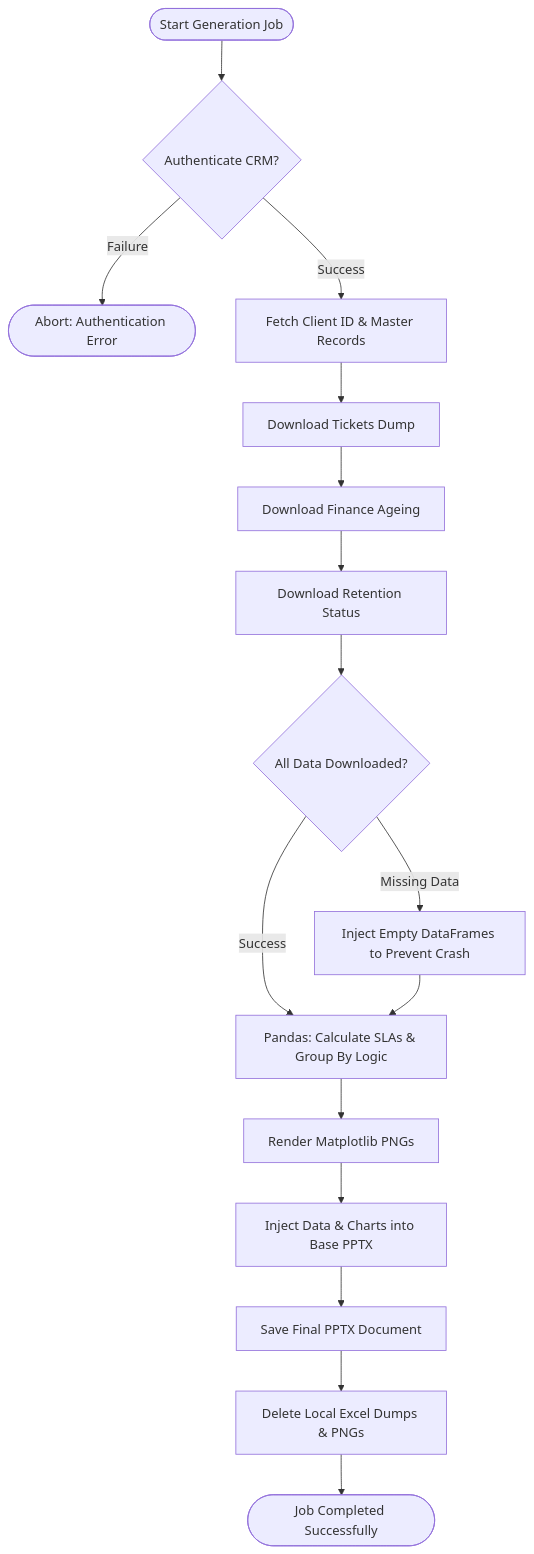
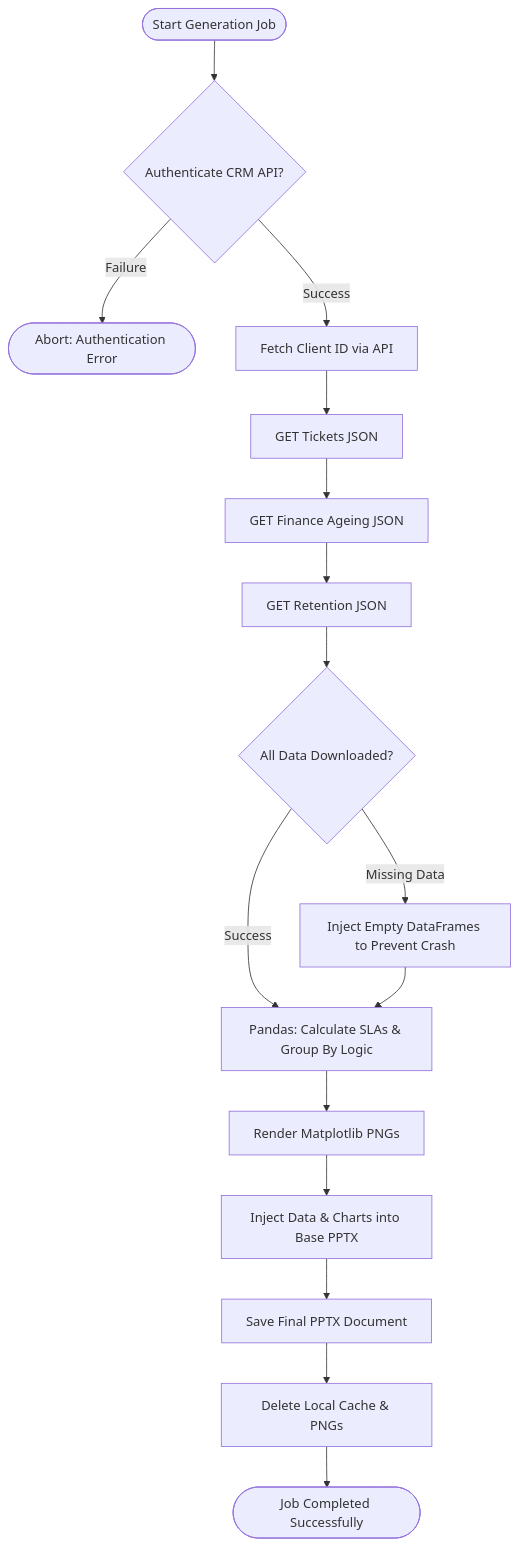
Before and after one commit to Hetgandhi25/enterprise-ppt-automation: the second of 2 diagrams in README.md, drawn with Mermaid. The commit also changed other lines of this file, not shown here.

Commit message:
Updated architecture and tech stack to reflect API Integration as the core data extraction design

````diff
--- a/README.md
+++ b/README.md
@@ -42,23 +42,23 @@
 ```mermaid
 flowchart TD
-    Start([Start Generation Job]) --> Auth{Authenticate CRM?}
+    Start([Start Generation Job]) --> Auth{Authenticate CRM API?}
     
     Auth -- Failure --> Err([Abort: Authentication Error])
-    Auth -- Success --> Fetch[Fetch Client ID & Master Records]
+    Auth -- Success --> Fetch[Fetch Client ID via API]
     
-    Fetch --> T[Download Tickets Dump]
-    T --> I[Download Finance Ageing]
-    I --> R[Download Retention Status]
+    Fetch --> T[GET Tickets JSON]
+    T --> I[GET Finance Ageing JSON]
+    I --> R[GET Retention JSON]
     
     R --> Merge{All Data Downloaded?}
     
     Merge --> |Missing Data| Fallback[Inject Empty DataFrames to Prevent Crash]
     Merge --> |Success| Pandas[Pandas: Calculate SLAs & Group By Logic]
     Fallback --> Pandas
     
     Pandas --> Charts[Render Matplotlib PNGs]
     Charts --> Inject[Inject Data & Charts into Base PPTX]
     Inject --> Save[Save Final PPTX Document]
-    Save --> Cleanup[Delete Local Excel Dumps & PNGs]
+    Save --> Cleanup[Delete Local Cache & PNGs]
     Cleanup --> End([Job Completed Successfully])
 ```
````
